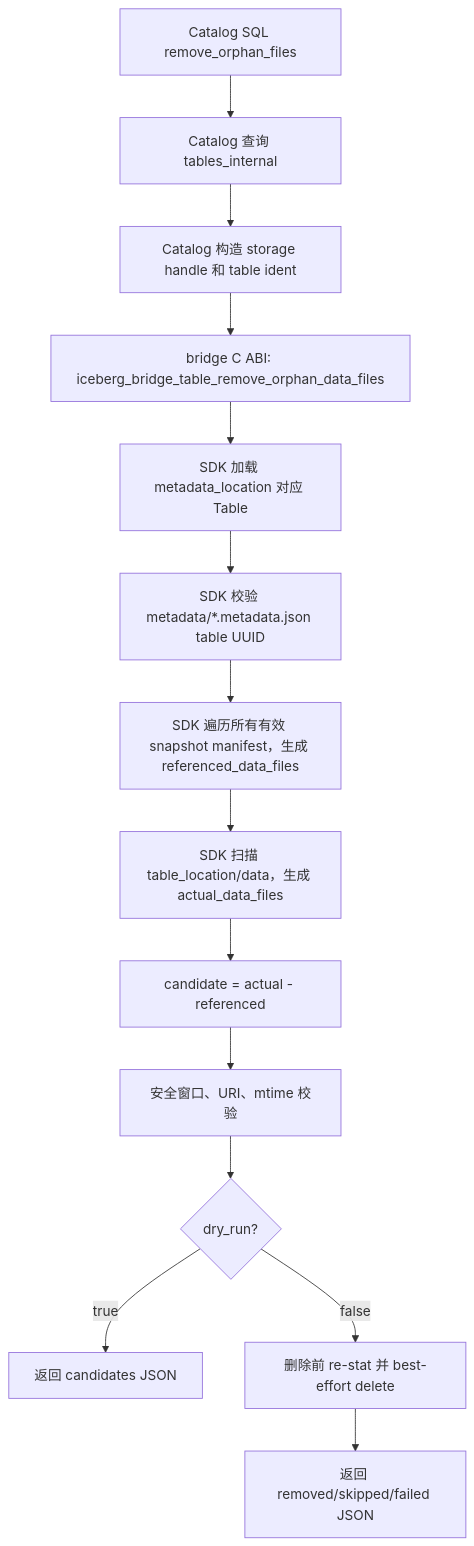
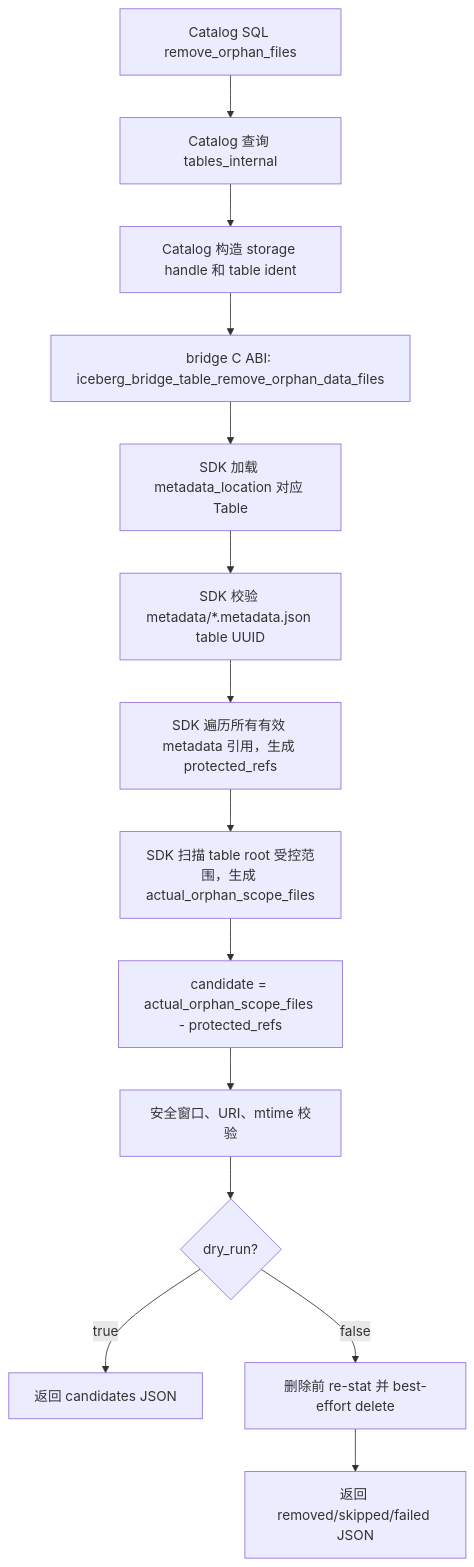
Before and after one commit to andy123552/opengauss_iceberg_fdw: the first of 3 diagrams in design/iceberg-gc-phase1-directory-maintenance-design.md, drawn with Mermaid. The commit also changed other lines of this file and 1 other file, not shown here.

Commit message:
docs: cover orphan manifests in phase1 gc

````diff
--- a/design/iceberg-gc-phase1-directory-maintenance-design.md
+++ b/design/iceberg-gc-phase1-directory-maintenance-design.md
@@ -295,16 +307,16 @@
 ```mermaid
 flowchart TD
   A["Catalog SQL remove_orphan_files"] --> B["Catalog 查询 tables_internal"]
   B --> C["Catalog 构造 storage handle 和 table ident"]
   C --> D["bridge C ABI: iceberg_bridge_table_remove_orphan_data_files"]
   D --> E["SDK 加载 metadata_location 对应 Table"]
   E --> F["SDK 校验 metadata/*.metadata.json table UUID"]
-  F --> G["SDK 遍历所有有效 snapshot manifest，生成 referenced_data_files"]
-  G --> H["SDK 扫描 table_location/data，生成 actual_data_files"]
-  H --> I["candidate = actual - referenced"]
+  F --> G["SDK 遍历所有有效 metadata 引用，生成 protected_refs"]
+  G --> H["SDK 扫描 table root 受控范围，生成 actual_orphan_scope_files"]
+  H --> I["candidate = actual_orphan_scope_files - protected_refs"]
   I --> J["安全窗口、URI、mtime 校验"]
   J --> K{"dry_run?"}
   K -- true --> L["返回 candidates JSON"]
   K -- false --> M["删除前 re-stat 并 best-effort delete"]
   M --> N["返回 removed/skipped/failed JSON"]
 ```
````
